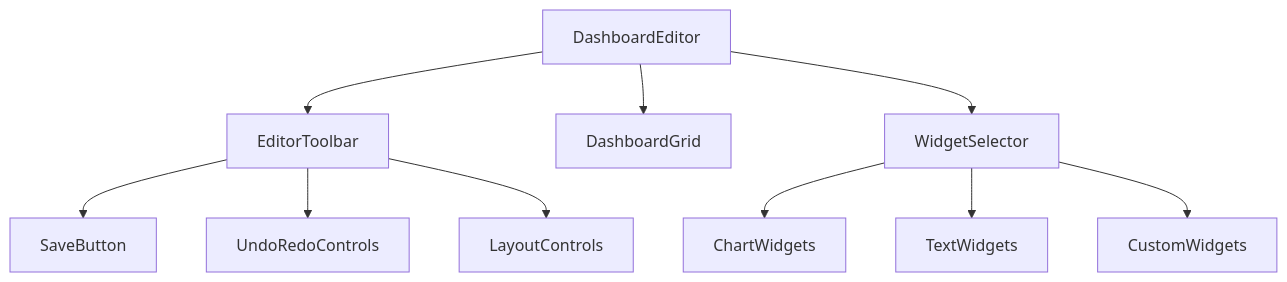
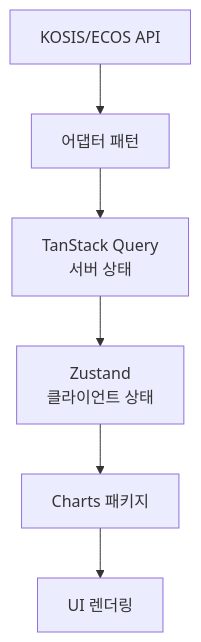
The second of 2 diagrams in frontend/architecture.md (Seungwoo321/etorch-docs), drawn with Mermaid before and after one commit. The commit also changed other lines of this file, not shown here.

````diff
--- a/frontend/architecture.md
+++ b/frontend/architecture.md
@@ -1191,14 +103,8 @@
 ```mermaid
-flowchart TD
-    A[DashboardEditor] --> B[EditorToolbar]
-    A --> C[DashboardGrid]
-    A --> D[WidgetSelector]
-    
-    B --> B1[SaveButton]
-    B --> B2[UndoRedoControls]
-    B --> B3[LayoutControls]
-    
-    D --> D1[ChartWidgets]
-    D --> D2[TextWidgets]
-    D --> D3[CustomWidgets]
+graph TD
+    A[KOSIS/ECOS API] --> B[어댑터 패턴]
+    B --> C[TanStack Query<br/>서버 상태]
+    C --> D[Zustand<br/>클라이언트 상태]
+    D --> E[Charts 패키지]
+    E --> F[UI 렌더링]
 ```
````
